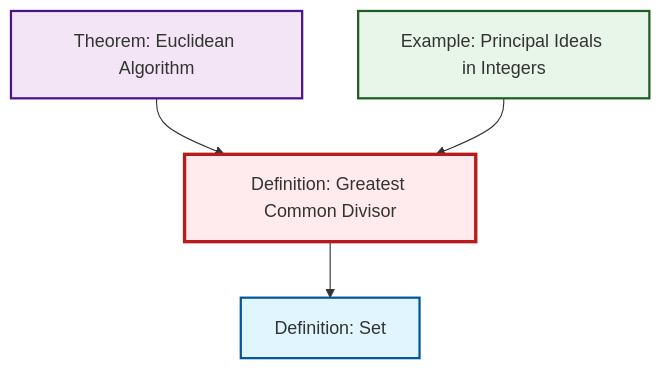
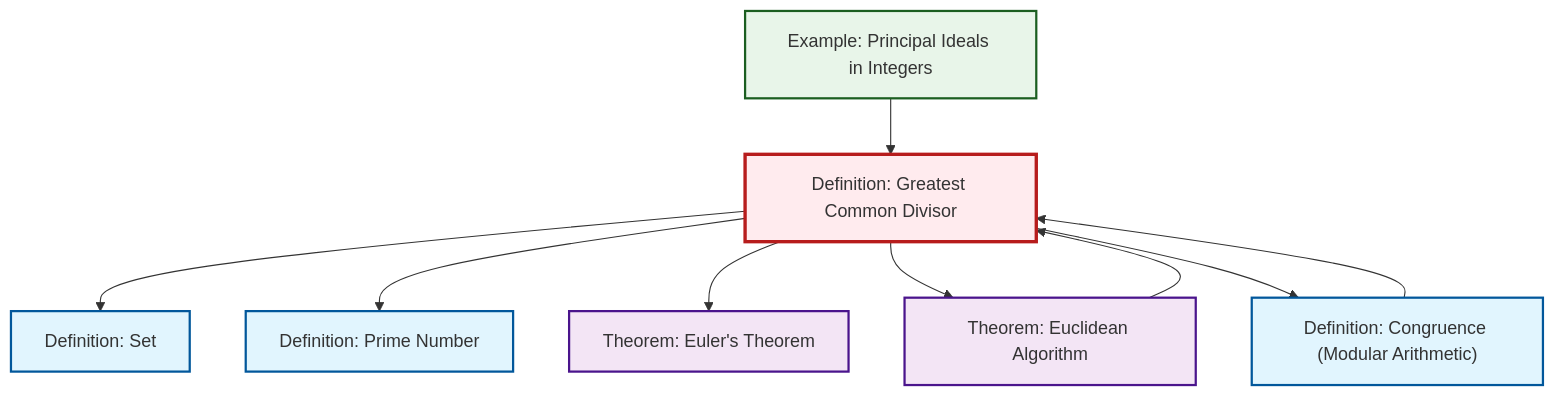
One commit to RK0429/ModernMath changed the second of 2 diagrams in content/ja/number-theory/def-gcd.qmd. Above: the diagram before and after it, drawn with Mermaid. The commit also changed 417 other files, not shown here.

````diff
--- a/content/ja/number-theory/def-gcd.qmd
+++ b/content/ja/number-theory/def-gcd.qmd
@@ -85,20 +85,31 @@
 ```{mermaid}
 %%| fig-cap: "Local dependency graph"
 graph TD
     classDef definition fill:#e1f5fe,stroke:#01579b,stroke-width:2px
     classDef theorem fill:#f3e5f5,stroke:#4a148c,stroke-width:2px
     classDef axiom fill:#fff3e0,stroke:#e65100,stroke-width:2px
     classDef example fill:#e8f5e9,stroke:#1b5e20,stroke-width:2px
     classDef current fill:#ffebee,stroke:#b71c1c,stroke-width:3px
+    def-gcd["Definition: Greatest Common Divisor"]:::definition
+    thm-euler["Theorem: Euler's Theorem"]:::theorem
     ex-principal-ideal["Example: Principal Ideals in Integers"]:::example
     thm-euclidean-algorithm["Theorem: Euclidean Algorithm"]:::theorem
+    def-congruence["Definition: Congruence (Modular Arithmetic)"]:::definition
     def-set["Definition: Set"]:::definition
-    def-gcd["Definition: Greatest Common Divisor"]:::definition
+    def-prime["Definition: Prime Number"]:::definition
     def-gcd --> def-set
+    def-gcd --> def-prime
+    def-gcd --> thm-euler
+    ex-principal-ideal --> def-gcd
+    def-gcd --> thm-euclidean-algorithm
     thm-euclidean-algorithm --> def-gcd
-    ex-principal-ideal --> def-gcd
+    def-gcd --> def-congruence
+    def-congruence --> def-gcd
     class def-gcd current
+    click thm-euler "thm-euler.html" "Theorem: Euler's Theoremへ"
     click ex-principal-ideal "ex-principal-ideal.html" "Example: Principal Ideals in Integersへ"
     click thm-euclidean-algorithm "thm-euclidean-algorithm.html" "Theorem: Euclidean Algorithmへ"
+    click def-congruence "def-congruence.html" "Definition: Congruence (Modular Arithmetic)へ"
     click def-set "def-set.html" "Definition: Setへ"
+    click def-prime "def-prime.html" "Definition: Prime Numberへ"
 ```
````
